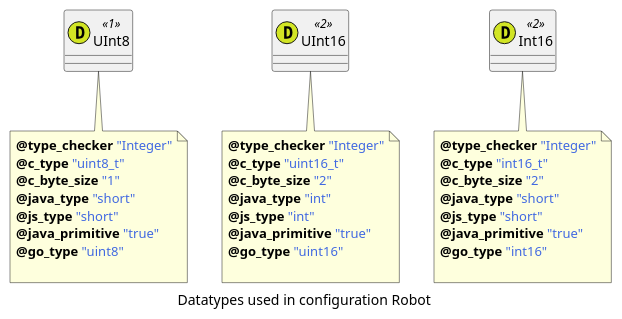
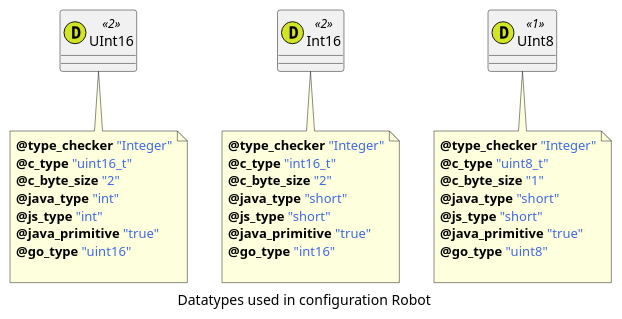
One commit to TelluIoT/ThingML changed the diagram in doc/examples/thingml-gen/uml/Robot/Robot/docs/Robot_datatypes.plantuml. Above: the diagram before and after it, drawn with PlantUML. The commit also changed other lines of this file and 11 other files, not shown here.

```diff
--- a/doc/examples/thingml-gen/uml/Robot/Robot/docs/Robot_datatypes.plantuml
+++ b/doc/examples/thingml-gen/uml/Robot/Robot/docs/Robot_datatypes.plantuml
@@ -1,12 +1,12 @@
 @startuml
 caption Datatypes used in configuration Robot
-class UInt8 <<(D,#D2E524)1>> {
-}
-note bottom of UInt8 : <b>@type_checker</b> <color:royalBlue>"Integer"</color>\n<b>@c_type</b> <color:royalBlue>"uint8_t"</color>\n<b>@c_byte_size</b> <color:royalBlue>"1"</color>\n<b>@java_type</b> <color:royalBlue>"short"</color>\n<b>@js_type</b> <color:royalBlue>"short"</color>\n<b>@java_primitive</b> <color:royalBlue>"true"</color>\n<b>@go_type</b> <color:royalBlue>"uint8"</color>\n
 class UInt16 <<(D,#D2E524)2>> {
 }
 note bottom of UInt16 : <b>@type_checker</b> <color:royalBlue>"Integer"</color>\n<b>@c_type</b> <color:royalBlue>"uint16_t"</color>\n<b>@c_byte_size</b> <color:royalBlue>"2"</color>\n<b>@java_type</b> <color:royalBlue>"int"</color>\n<b>@js_type</b> <color:royalBlue>"int"</color>\n<b>@java_primitive</b> <color:royalBlue>"true"</color>\n<b>@go_type</b> <color:royalBlue>"uint16"</color>\n
 class Int16 <<(D,#D2E524)2>> {
 }
 note bottom of Int16 : <b>@type_checker</b> <color:royalBlue>"Integer"</color>\n<b>@c_type</b> <color:royalBlue>"int16_t"</color>\n<b>@c_byte_size</b> <color:royalBlue>"2"</color>\n<b>@java_type</b> <color:royalBlue>"short"</color>\n<b>@js_type</b> <color:royalBlue>"short"</color>\n<b>@java_primitive</b> <color:royalBlue>"true"</color>\n<b>@go_type</b> <color:royalBlue>"int16"</color>\n
+class UInt8 <<(D,#D2E524)1>> {
+}
+note bottom of UInt8 : <b>@type_checker</b> <color:royalBlue>"Integer"</color>\n<b>@c_type</b> <color:royalBlue>"uint8_t"</color>\n<b>@c_byte_size</b> <color:royalBlue>"1"</color>\n<b>@java_type</b> <color:royalBlue>"short"</color>\n<b>@js_type</b> <color:royalBlue>"short"</color>\n<b>@java_primitive</b> <color:royalBlue>"true"</color>\n<b>@go_type</b> <color:royalBlue>"uint8"</color>\n
 @enduml
```
